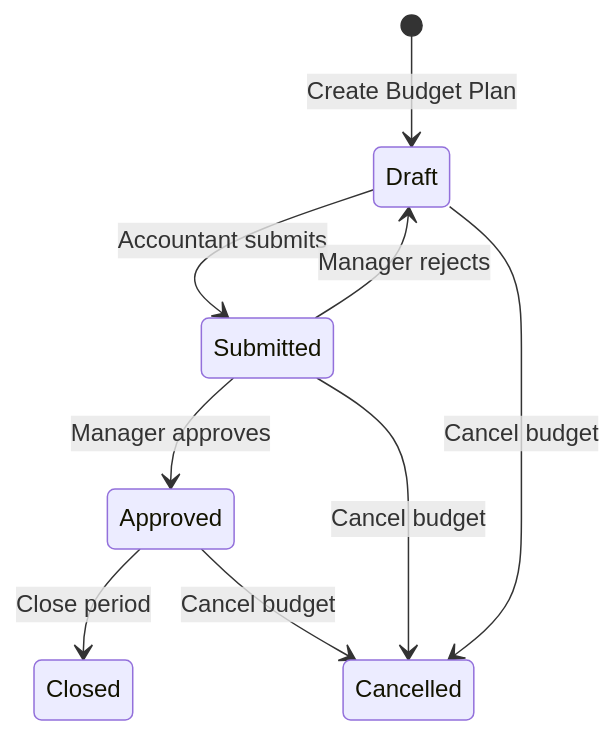
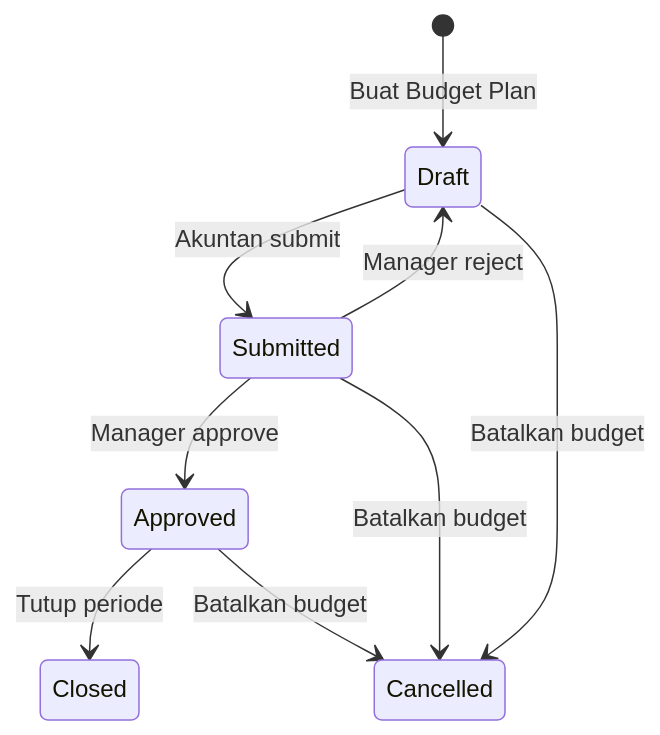
Before and after one commit to jaizyikhwan/odoo18-cost-center: the first of 2 diagrams in README.md, drawn with Mermaid. The commit also changed other lines of this file, not shown here.

````diff
--- a/README.md
+++ b/README.md
@@ -72,11 +72,11 @@
 ```mermaid
 stateDiagram-v2
-    [*] --> Draft : Create Budget Plan
-    Draft --> Submitted : Accountant submits
-    Submitted --> Draft : Manager rejects
-    Submitted --> Approved : Manager approves
-    Approved --> Closed : Close period
-    Approved --> Cancelled : Cancel budget
-    Submitted --> Cancelled : Cancel budget
-    Draft --> Cancelled : Cancel budget
+    [*] --> Draft : Buat Budget Plan
+    Draft --> Submitted : Akuntan submit
+    Submitted --> Draft : Manager reject
+    Submitted --> Approved : Manager approve
+    Approved --> Closed : Tutup periode
+    Approved --> Cancelled : Batalkan budget
+    Submitted --> Cancelled : Batalkan budget
+    Draft --> Cancelled : Batalkan budget
 ```
````
